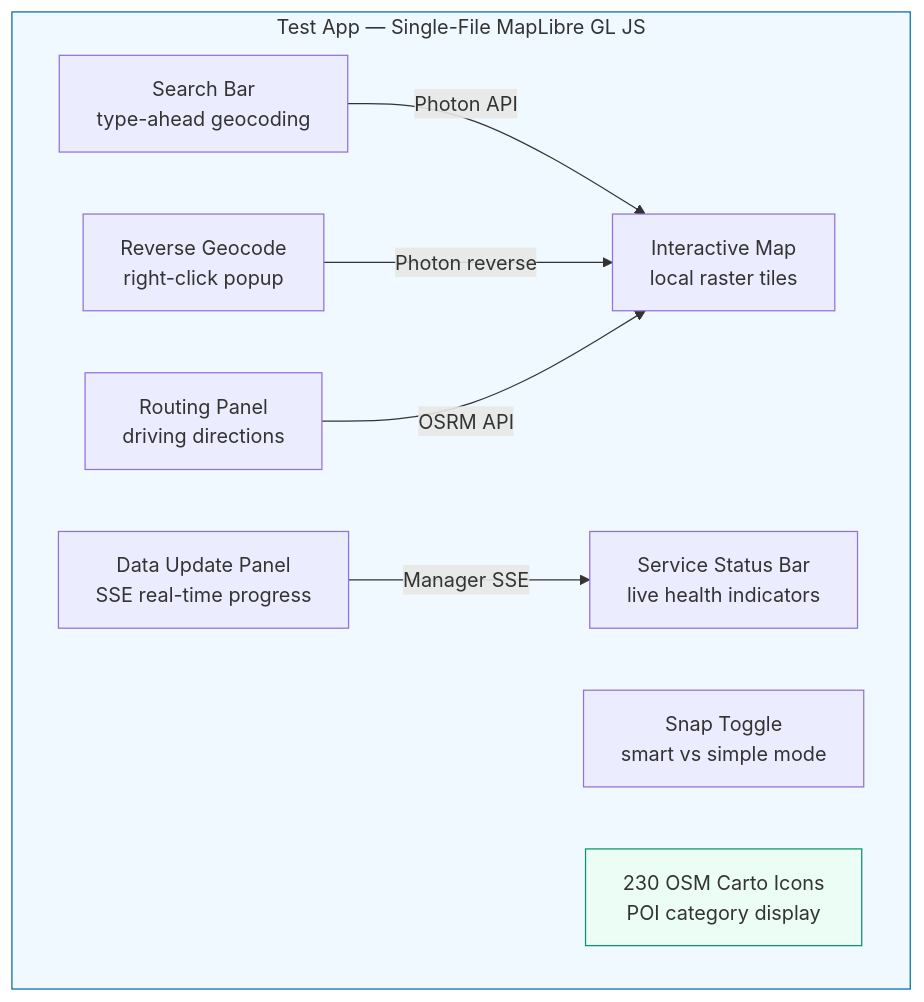
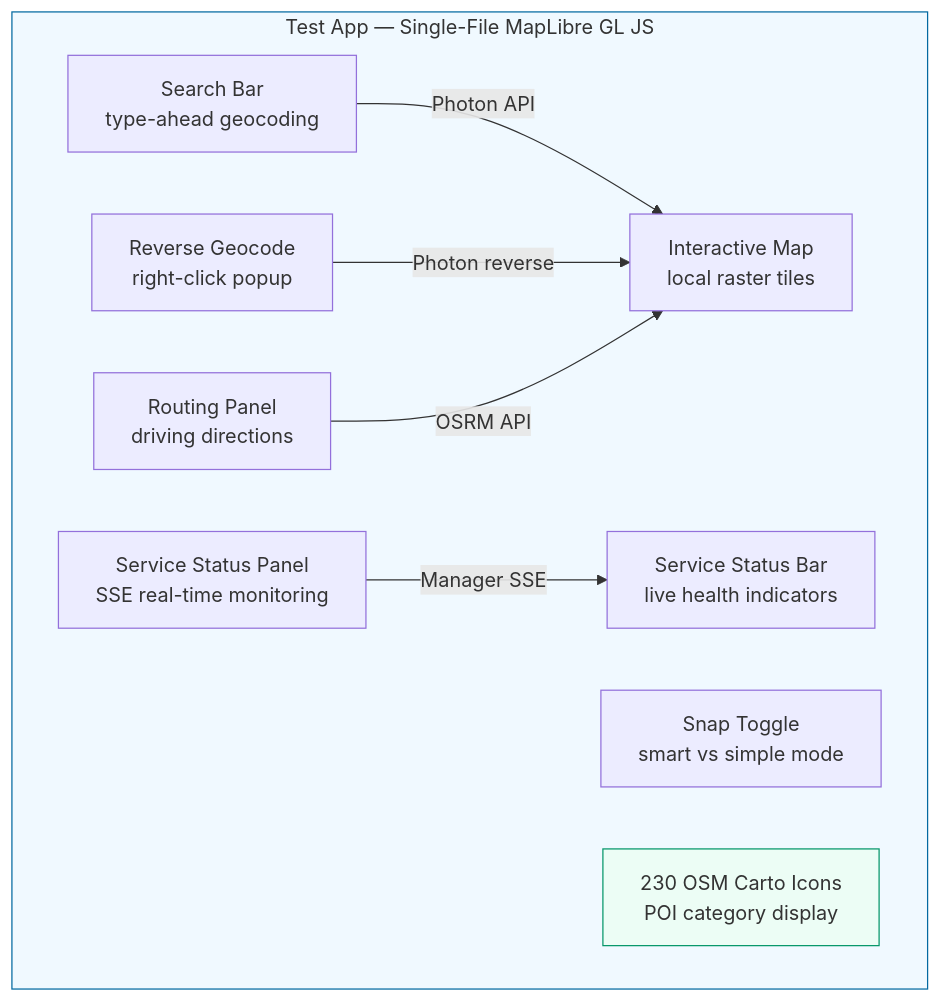
The fourth of 14 diagrams in README.md (lorsabyan/Offline-Armenia-Map-Stack), drawn with Mermaid before and after one commit. The commit also changed other lines of this file, not shown here.

````diff
--- a/README.md
+++ b/README.md
@@ -339,21 +346,21 @@
 ```mermaid
 graph TB
     subgraph UI["Test App — Single-File MapLibre GL JS"]
         Search["Search Bar<br/>type-ahead geocoding"]
         Map["Interactive Map<br/>local raster tiles"]
         Route["Routing Panel<br/>driving directions"]
         RevGeo["Reverse Geocode<br/>right-click popup"]
         Snap["Snap Toggle<br/>smart vs simple mode"]
         Icons["230 OSM Carto Icons<br/>POI category display"]
-        Update["Data Update Panel<br/>SSE real-time progress"]
+        Update["Service Status Panel<br/>SSE real-time monitoring"]
         Status["Service Status Bar<br/>live health indicators"]
     end
 
     Search -->|Photon API| Map
     RevGeo -->|Photon reverse| Map
     Route -->|OSRM API| Map
     Update -->|Manager SSE| Status
 
     style UI fill:#f0f9ff,stroke:#0369a1
     style Icons fill:#ecfdf5,stroke:#059669
 ```
````
